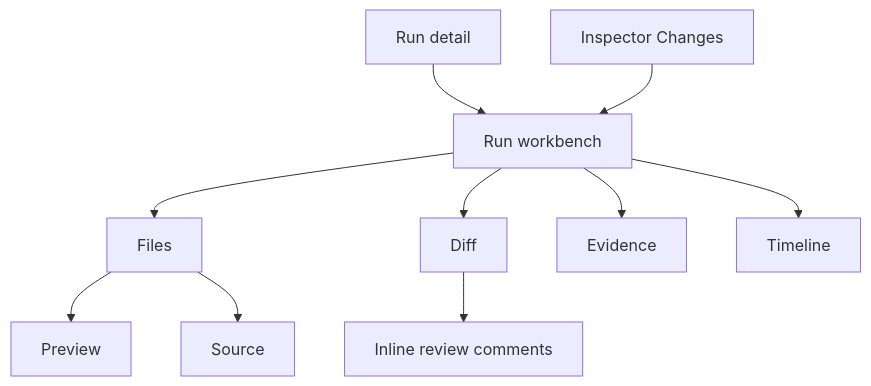
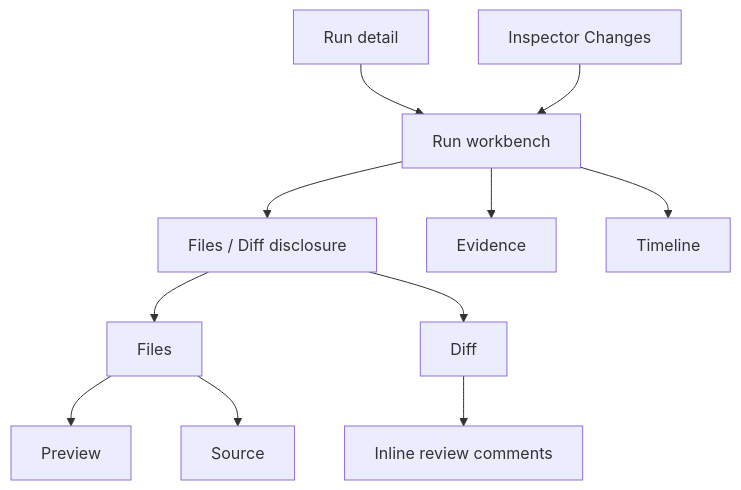
The first of 2 diagrams in docs/screens/runs/workbench.md (maister-dev/maister), drawn with Mermaid before and after one commit. The commit also changed other lines of this file and 27 other files, not shown here.

````diff
--- a/docs/screens/runs/workbench.md
+++ b/docs/screens/runs/workbench.md
@@ -73,12 +76,13 @@
 ```mermaid
 flowchart TD
     Run["Run detail"] --> Workbench["Run workbench"]
     Inspector["Inspector Changes"] --> Workbench
-    Workbench --> Files["Files"]
-    Workbench --> Diff["Diff"]
+    Workbench --> Disclosure["Files / Diff disclosure"]
+    Disclosure --> Files["Files"]
+    Disclosure --> Diff["Diff"]
     Workbench --> Evidence["Evidence"]
     Workbench --> Timeline["Timeline"]
     Files --> Preview["Preview"]
     Files --> Source["Source"]
     Diff --> Comments["Inline review comments"]
 ```
````
